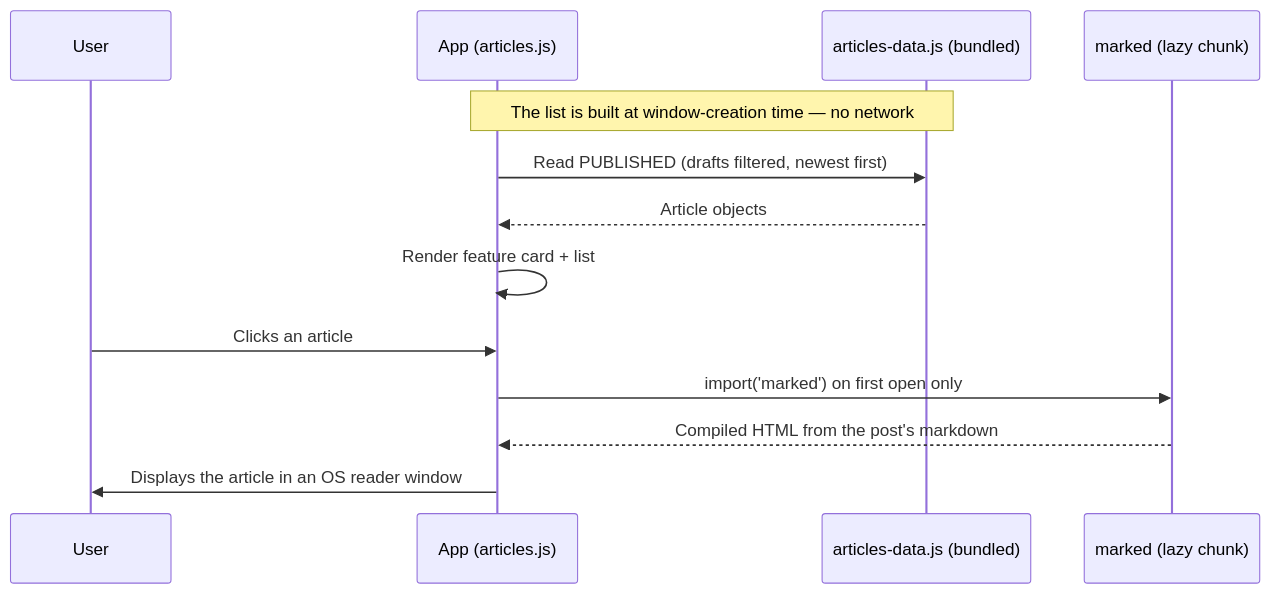
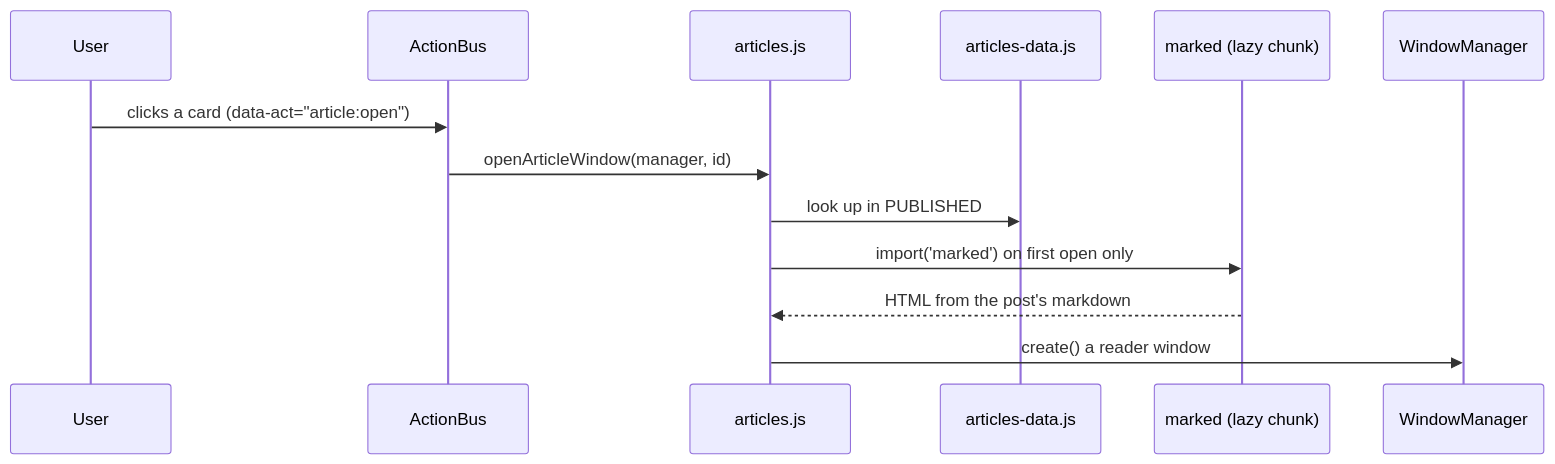
The third of 3 diagrams in architecture.md (francis-p-n/Portfolio-Site), drawn with Mermaid before and after one commit. The commit also changed other lines of this file and 3 other files, not shown here.

````diff
--- a/architecture.md
+++ b/architecture.md
@@ -53,16 +86,16 @@
 ```mermaid
 sequenceDiagram
     participant User
-    participant App as App (articles.js)
-    participant Data as articles-data.js (bundled)
+    participant Bus as ActionBus
+    participant Art as articles.js
+    participant Data as articles-data.js
     participant Marked as marked (lazy chunk)
+    participant WM as WindowManager
 
-    Note over App,Data: The list is built at window-creation time — no network
-    App->>Data: Read PUBLISHED (drafts filtered, newest first)
-    Data-->>App: Article objects
-    App->>App: Render feature card + list
-    User->>App: Clicks an article
-    App->>Marked: import('marked') on first open only
-    Marked-->>App: Compiled HTML from the post's markdown
-    App->>User: Displays the article in an OS reader window
+    User->>Bus: clicks a card (data-act="article:open")
+    Bus->>Art: openArticleWindow(manager, id)
+    Art->>Data: look up in PUBLISHED
+    Art->>Marked: import('marked') on first open only
+    Marked-->>Art: HTML from the post's markdown
+    Art->>WM: create() a reader window
 ```
````
